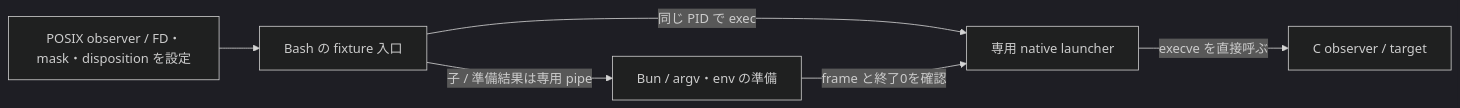
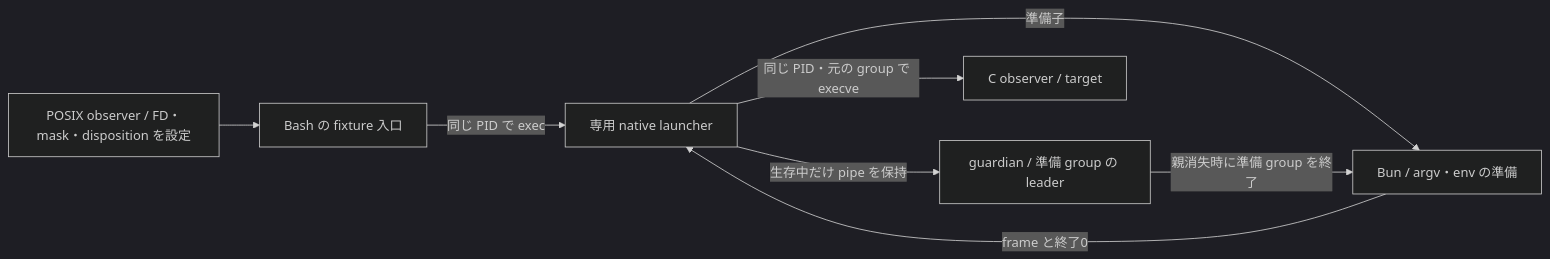
Before and after one commit to treflebonbon/skills: the diagram in docs/bun-process-lock-proof.md, drawn with Mermaid (dark theme). The commit also changed other lines of this file and 7 other files, not shown here.

````diff
--- a/docs/bun-process-lock-proof.md
+++ b/docs/bun-process-lock-proof.md
@@ -106,8 +106,10 @@
 ```mermaid
 flowchart LR
   O[POSIX observer / FD・mask・disposition を設定] --> S[Bash の fixture 入口]
-  S -->|子 / 準備結果は専用 pipe| B[Bun / argv・env の準備]
   S -->|同じ PID で exec| L[専用 native launcher]
-  B -->|frame と終了0を確認| L
-  L -->|execve を直接呼ぶ| T[C observer / target]
+  L -->|準備子| B[Bun / argv・env の準備]
+  B -->|frame と終了0| L
+  L -->|生存中だけ pipe を保持| G[guardian / 準備 group の leader]
+  G -->|親消失時に準備 group を終了| B
+  L -->|同じ PID・元の group で execve| T[C observer / target]
 ```
````
